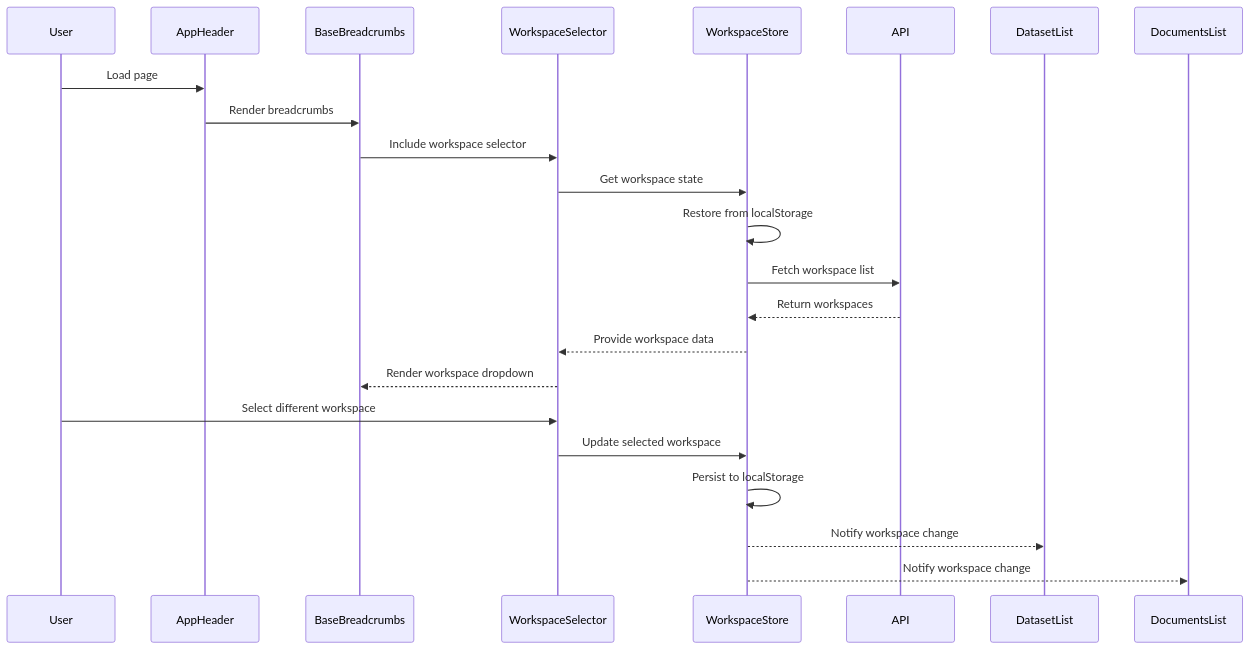
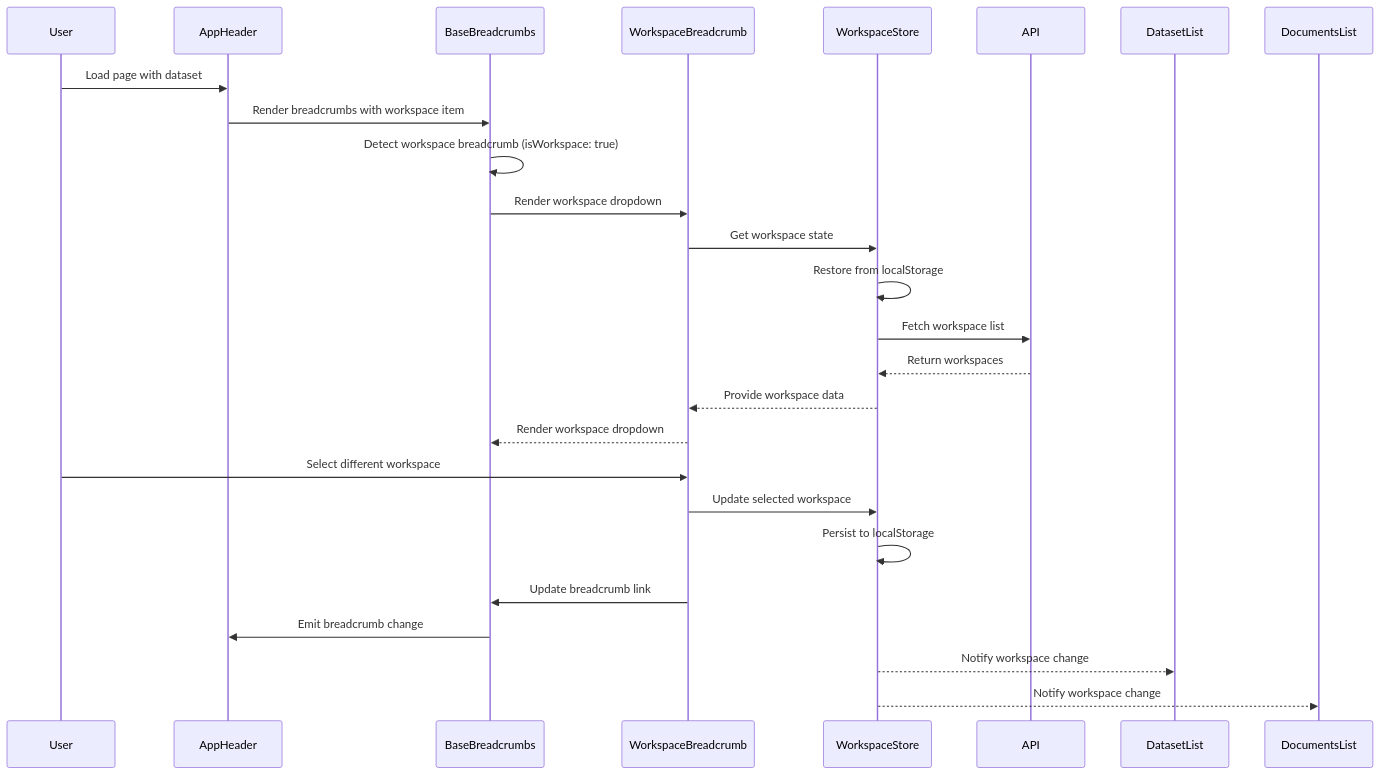
The second of 2 diagrams in .kiro/specs/global-workspace-selector/design.md (Extralit/extralit), drawn with Mermaid before and after one commit. The commit also changed other lines of this file and 3 other files, not shown here.

Commit message:
updated WorkspaceBreadcrumbDropdown requirement

````diff
--- a/.kiro/specs/global-workspace-selector/design.md
+++ b/.kiro/specs/global-workspace-selector/design.md
@@ -59,25 +59,28 @@
 ```mermaid
 sequenceDiagram
     participant User
     participant AppHeader
     participant BaseBreadcrumbs
-    participant WorkspaceSelector
+    participant WorkspaceBreadcrumb
     participant WorkspaceStore
     participant API
 
-    User->>AppHeader: Load page
-    AppHeader->>BaseBreadcrumbs: Render breadcrumbs
-    BaseBreadcrumbs->>WorkspaceSelector: Include workspace selector
-    WorkspaceSelector->>WorkspaceStore: Get workspace state
+    User->>AppHeader: Load page with dataset
+    AppHeader->>BaseBreadcrumbs: Render breadcrumbs with workspace item
+    BaseBreadcrumbs->>BaseBreadcrumbs: Detect workspace breadcrumb (isWorkspace: true)
+    BaseBreadcrumbs->>WorkspaceBreadcrumb: Render workspace dropdown
+    WorkspaceBreadcrumb->>WorkspaceStore: Get workspace state
     WorkspaceStore->>WorkspaceStore: Restore from localStorage
     WorkspaceStore->>API: Fetch workspace list
     API-->>WorkspaceStore: Return workspaces
-    WorkspaceStore-->>WorkspaceSelector: Provide workspace data
-    WorkspaceSelector-->>BaseBreadcrumbs: Render workspace dropdown
+    WorkspaceStore-->>WorkspaceBreadcrumb: Provide workspace data
+    WorkspaceBreadcrumb-->>BaseBreadcrumbs: Render workspace dropdown
 
-    User->>WorkspaceSelector: Select different workspace
-    WorkspaceSelector->>WorkspaceStore: Update selected workspace
+    User->>WorkspaceBreadcrumb: Select different workspace
+    WorkspaceBreadcrumb->>WorkspaceStore: Update selected workspace
     WorkspaceStore->>WorkspaceStore: Persist to localStorage
+    WorkspaceBreadcrumb->>BaseBreadcrumbs: Update breadcrumb link
+    BaseBreadcrumbs->>AppHeader: Emit breadcrumb change
     WorkspaceStore-->>DatasetList: Notify workspace change
     WorkspaceStore-->>DocumentsList: Notify workspace change
 ```
````
